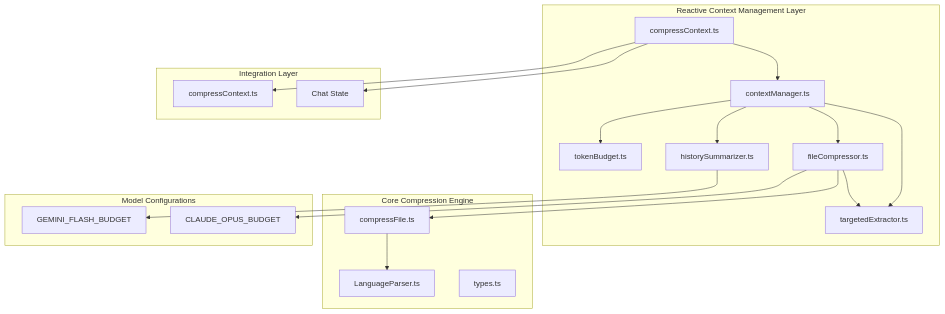
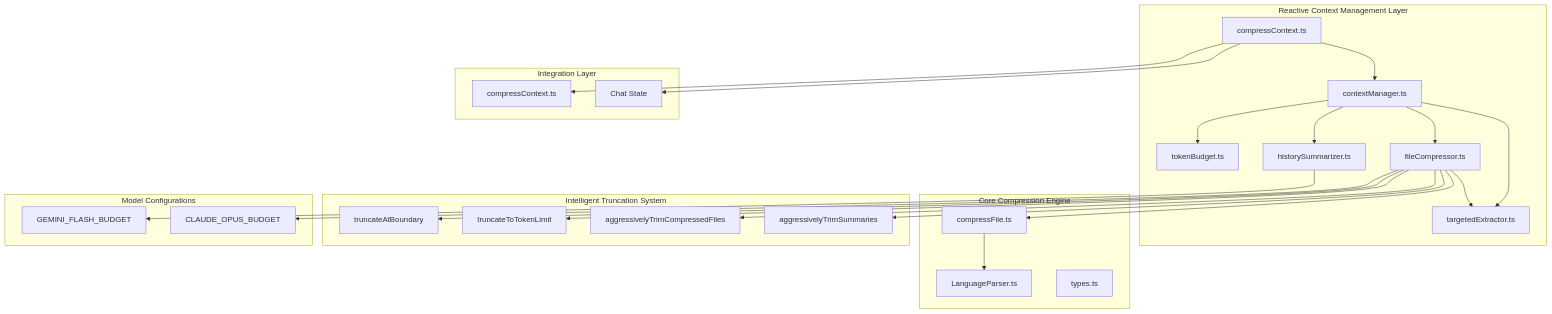
One commit to bramburn/repomix-runner changed the first of 7 diagrams in .qoder/repowiki/en/content/Core Features/Compression Engine Architecture.md. Above: the diagram before and after it, drawn with Mermaid. The commit also changed other lines of this file and 27 other files, not shown here.

````diff
--- a/.qoder/repowiki/en/content/Core Features/Compression Engine Architecture.md
+++ b/.qoder/repowiki/en/content/Core Features/Compression Engine Architecture.md
@@ -49,36 +52,46 @@
 ```mermaid
 graph TB
 subgraph "Reactive Context Management Layer"
 CM[contextManager.ts]
 TB[tokenBudget.ts]
 HS[historySummarizer.ts]
 FC[fileCompressor.ts]
 TE[targetedExtractor.ts]
 CT[compressContext.ts]
 end
 subgraph "Core Compression Engine"
 CF[compressFile.ts]
 LP[LanguageParser.ts]
 TYPES[types.ts]
 end
+subgraph "Intelligent Truncation System"
+TAB[truncateAtBoundary]
+TTT[truncateToTokenLimit]
+AGG[aggressivelyTrimCompressedFiles]
+AGGS[aggressivelyTrimSummaries]
+end
 subgraph "Integration Layer"
 NODES[compressContext.ts]
 STATE[Chat State]
 end
 subgraph "Model Configurations"
 GEMINI[GEMINI_FLASH_BUDGET]
 CLAUDE[CLAUDE_OPUS_BUDGET]
 end
 CM --> TB
 CM --> HS
 CM --> FC
 CM --> TE
 FC --> CF
 FC --> TE
+FC --> TAB
+FC --> TTT
+FC --> AGG
+FC --> AGGS
 HS --> GEMINI
 FC --> CLAUDE
 CF --> LP
 CT --> CM
 CT --> NODES
 CT --> STATE
 ```
````
